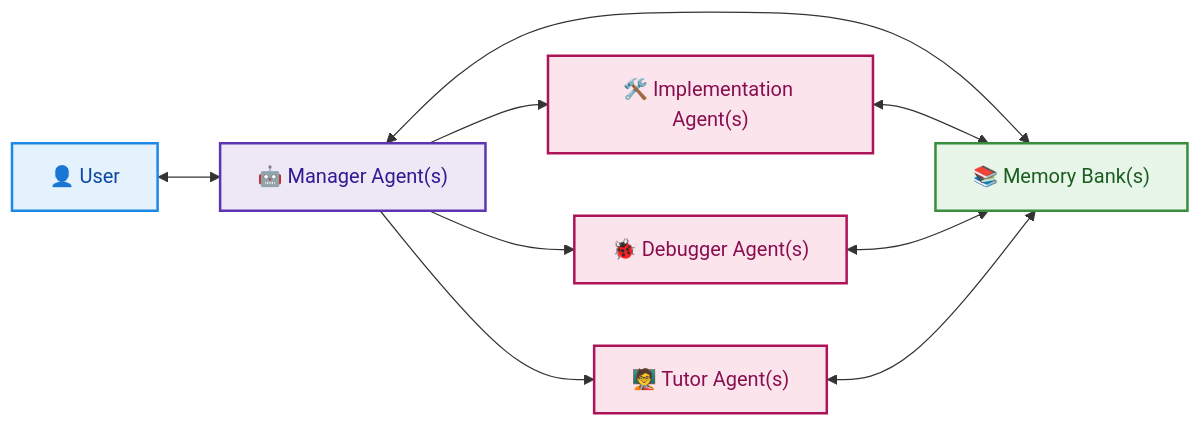
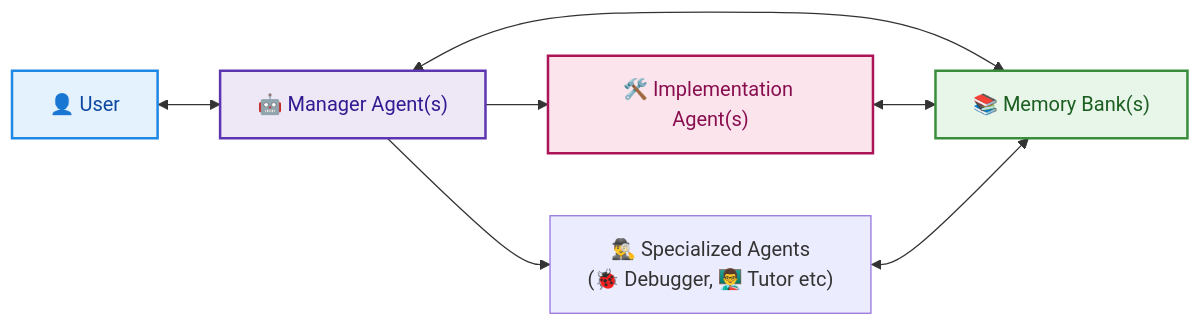
One commit to sdi2200262/agentic-project-management changed the diagram in README.md. Above: the diagram before and after it, drawn with Mermaid. The commit also changed other lines of this file and 2 other files, not shown here.

````diff
--- a/README.md
+++ b/README.md
@@ -17,30 +17,28 @@
 ```mermaid
 graph LR
     User["👤 User"]
     MA["🤖 Manager Agent(s)"]
     SA_I["🛠️ Implementation Agent(s)"]
-    SA_D["🐞 Debugger Agent(s)"]
-    SA_T["🧑‍🏫 Tutor Agent(s)"]
+    SA["🕵️‍♂️ Specialized Agents 
+    (🐞 Debugger, 👨‍🏫 Tutor etc)"]
     MB["📚 Memory Bank(s)"]
 
     User <--> MA
     MA --> SA_I
-    MA --> SA_D
-    MA --> SA_T
+    MA --> SA
 
     MA <--> MB
     SA_I <--> MB
-    SA_D <--> MB
-    SA_T <--> MB
+    SA <--> MB
 
     %% Styling
     classDef user fill:#E3F2FD,stroke:#1E88E5,stroke-width:2px,color:#0D47A1;
     classDef manager fill:#EDE7F6,stroke:#5E35B1,stroke-width:2px,color:#311B92;
     classDef specializedAgent fill:#FCE4EC,stroke:#AD1457,stroke-width:2px,color:#880E4F; 
     classDef memoryBank fill:#E8F5E9,stroke:#388E3C,stroke-width:2px,color:#1B5E20;
 
     class User user;
     class MA manager;
     class SA_I,SA_D,SA_T specializedAgent;
     class MB memoryBank;
 ```
````
